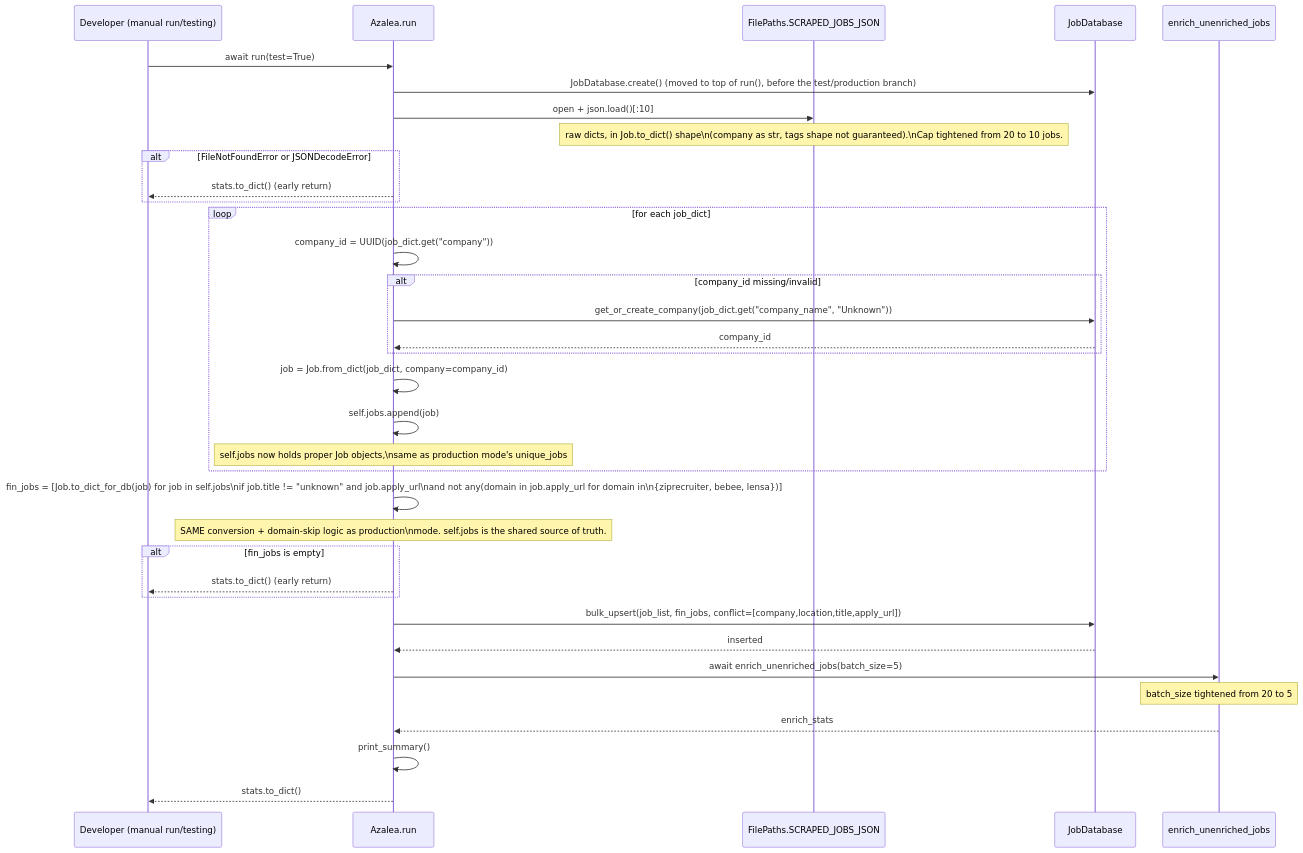
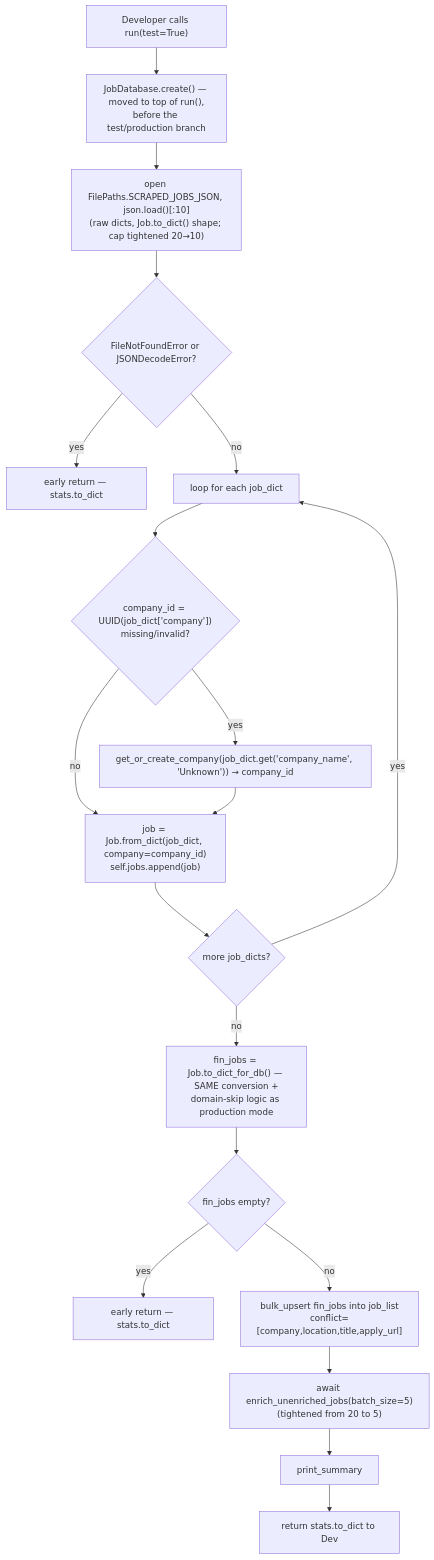
The fifth of 5 diagrams in docs/diagrams/azalea_seq.md (AustinDwomoh/libra), drawn with Mermaid before and after one commit. The commit also changed other lines of this file and 17 other files, not shown here.

First line of the commit message:
Convert Mermaid sequences to flowcharts

````diff
--- a/docs/diagrams/azalea_seq.md
+++ b/docs/diagrams/azalea_seq.md
@@ -140,52 +68,24 @@
 ```mermaid
-%% sequenceDiagram — run() TEST mode (test=True): JSON load → self.jobs → DB → enrich
+%% flowchart — run() TEST mode (test=True): JSON load → self.jobs → DB → enrich
 %% Used for iterating on enrichment logic without re-hitting scrape sources.
-%% FIXED: previously this path inserted raw, unconverted JSON dicts (missing
-%% UUID/tags normalization) instead of going through to_dict_for_db() like
-%% production mode did. Both modes now share the same fin_jobs conversion step.
-sequenceDiagram
-    participant Dev as Developer (manual run/testing)
-    participant Az as Azalea.run
-    participant FS as FilePaths.SCRAPED_JOBS_JSON
-    participant DB as JobDatabase
-    participant Enrich as enrich_unenriched_jobs
-
-    Dev->>Az: await run(test=True)
-    Az->>DB: JobDatabase.create()  (moved to top of run(), before the test/production branch)
-
-    Az->>FS: open + json.load()[:10]
-    Note over FS: raw dicts, in Job.to_dict() shape\n(company as str, tags shape not guaranteed).\nCap tightened from 20 to 10 jobs.
-
-    alt FileNotFoundError or JSONDecodeError
-        Az-->>Dev: stats.to_dict() (early return)
-    end
-
-    loop for each job_dict
-        Az->>Az: company_id = UUID(job_dict.get("company"))
-        alt company_id missing/invalid
-            Az->>DB: get_or_create_company(job_dict.get("company_name", "Unknown"))
-            DB-->>Az: company_id
-        end
-        Az->>Az: job = Job.from_dict(job_dict, company=company_id)
-        Az->>Az: self.jobs.append(job)
-        Note over Az: self.jobs now holds proper Job objects,\nsame as production mode's unique_jobs
-    end
-
-    Az->>Az: fin_jobs = [Job.to_dict_for_db(job) for job in self.jobs\nif job.title != "unknown" and job.apply_url\nand not any(domain in job.apply_url for domain in\n{ziprecruiter, bebee, lensa})]
-    Note over Az: SAME conversion + domain-skip logic as production\nmode. self.jobs is the shared source of truth.
-
-    alt fin_jobs is empty
-        Az-->>Dev: stats.to_dict() (early return)
-    end
-
-    Az->>DB: bulk_upsert(job_list, fin_jobs, conflict=[company,location,title,apply_url])
-    DB-->>Az: inserted
-
-    Az->>Enrich: await enrich_unenriched_jobs(batch_size=5)
-    Note over Enrich: batch_size tightened from 20 to 5
-    Enrich-->>Az: enrich_stats
-
-    Az->>Az: print_summary()
-    Az-->>Dev: stats.to_dict()
-
+%% Both modes share the same fin_jobs conversion step (to_dict_for_db).
+flowchart TD
+    A["Developer calls run(test=True)"] --> B["JobDatabase.create() — moved to top of run(),<br/>before the test/production branch"]
+    B --> C["open FilePaths.SCRAPED_JOBS_JSON, json.load()[:10]<br/>(raw dicts, Job.to_dict() shape; cap tightened 20→10)"]
+    C --> D{FileNotFoundError or JSONDecodeError?}
+    D -->|yes| Z1[early return — stats.to_dict]
+    D -->|no| E[loop for each job_dict]
+    E --> F{"company_id = UUID(job_dict['company'])<br/>missing/invalid?"}
+    F -->|yes| G["get_or_create_company(job_dict.get('company_name', 'Unknown')) → company_id"]
+    F -->|no| H["job = Job.from_dict(job_dict, company=company_id)<br/>self.jobs.append(job)"]
+    G --> H
+    H --> I{more job_dicts?}
+    I -->|yes| E
+    I -->|no| J["fin_jobs = Job.to_dict_for_db() — SAME conversion +<br/>domain-skip logic as production mode"]
+    J --> K{fin_jobs empty?}
+    K -->|yes| Z2[early return — stats.to_dict]
+    K -->|no| L["bulk_upsert fin_jobs into job_list<br/>conflict=[company,location,title,apply_url]"]
+    L --> M["await enrich_unenriched_jobs(batch_size=5)<br/>(tightened from 20 to 5)"]
+    M --> N[print_summary]
+    N --> O[return stats.to_dict to Dev]
 ```
````
